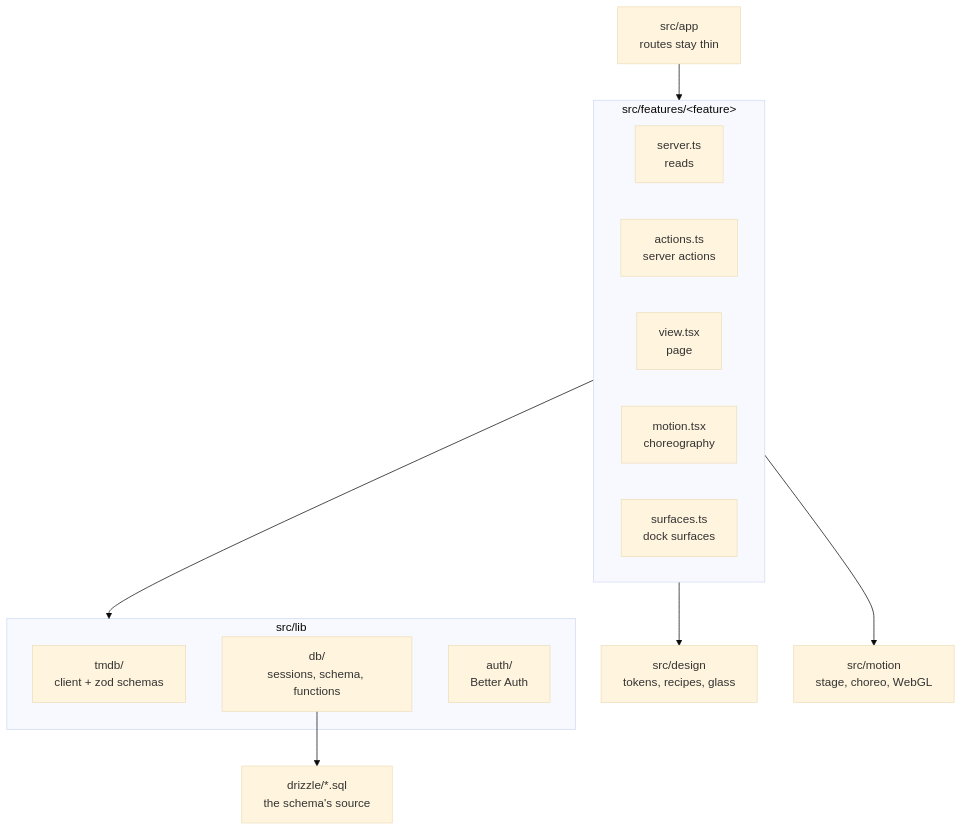
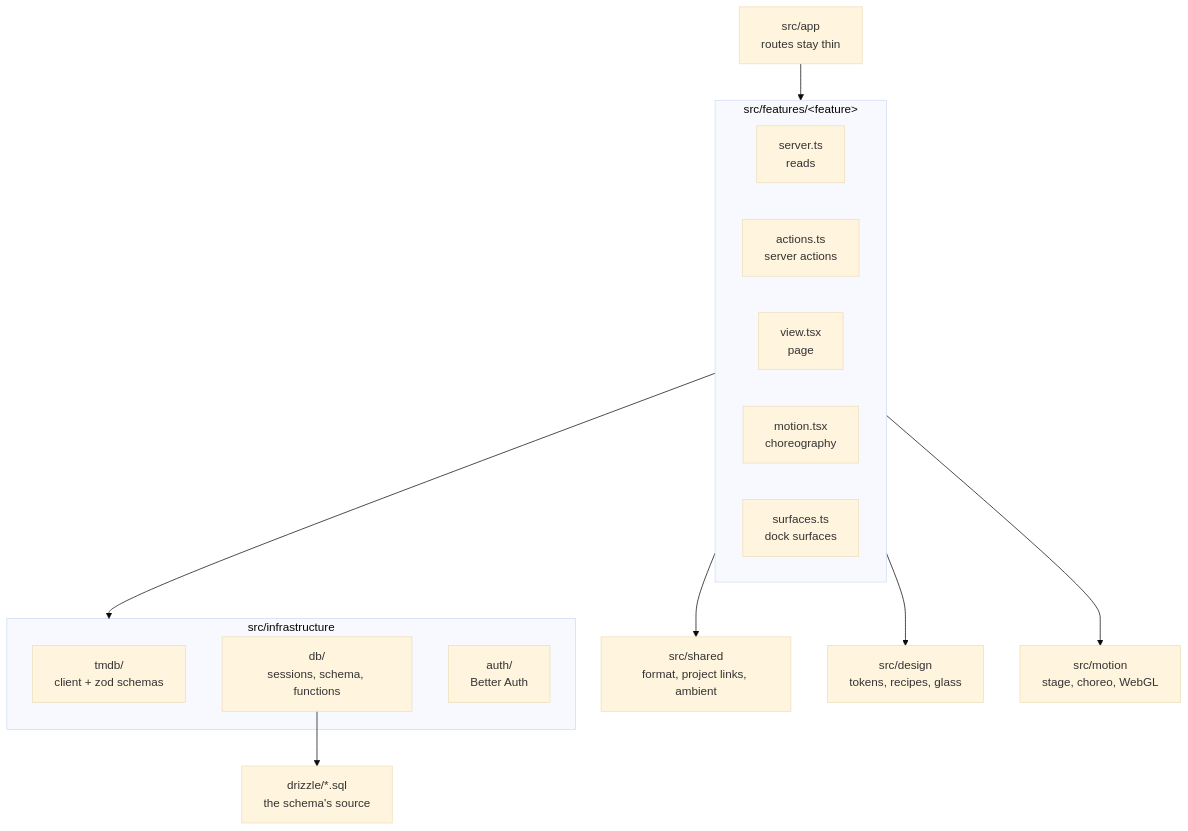
The second of 2 diagrams in docs/architecture/README.md (omerdlw/Guffin), drawn with Mermaid (base theme) before and after one commit. The commit also changed 266 other files, not shown here.

````diff
--- a/docs/architecture/README.md
+++ b/docs/architecture/README.md
@@ -72,22 +72,24 @@
 ```mermaid
 flowchart TB
   app["src/app<br/>routes stay thin"] --> features
   subgraph features["src/features/&lt;feature&gt;"]
     server["server.ts<br/>reads"]
     actions["actions.ts<br/>server actions"]
     view["view.tsx<br/>page"]
     motion["motion.tsx<br/>choreography"]
     surfaces["surfaces.ts<br/>dock surfaces"]
   end
-  features --> lib
+  features --> infrastructure
+  features --> shared
   features --> design
   features --> motionlib
-  subgraph lib["src/lib"]
+  subgraph infrastructure["src/infrastructure"]
     tmdb["tmdb/<br/>client + zod schemas"]
     db["db/<br/>sessions, schema, functions"]
     authlib["auth/<br/>Better Auth"]
   end
+  shared["src/shared<br/>format, project links, ambient"]
   design["src/design<br/>tokens, recipes, glass"]
   motionlib["src/motion<br/>stage, choreo, WebGL"]
   db --> drizzle["drizzle/*.sql<br/>the schema's source"]
 ```
````
